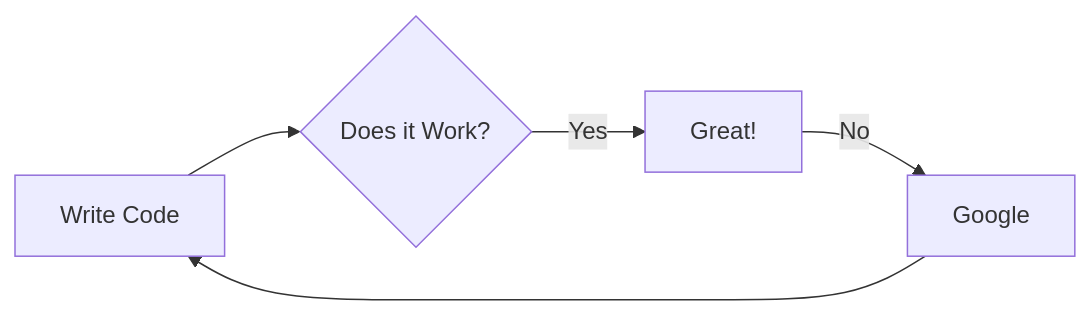
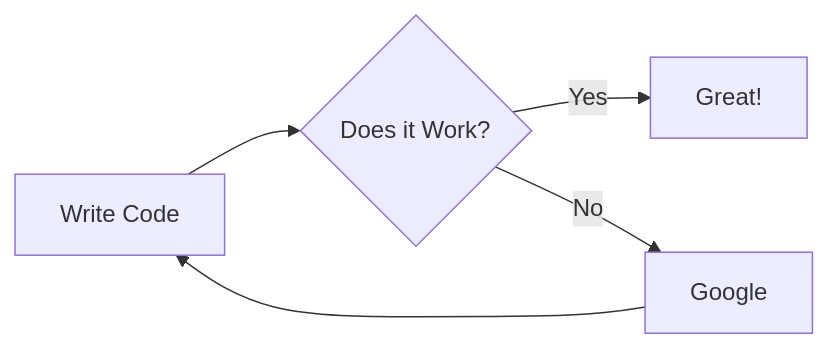
Before and after one commit to Jtzuya/jtzuya: the diagram in README.md, drawn with Mermaid.

````diff
--- a/README.md
+++ b/README.md
@@ -3,7 +3,7 @@
 ```mermaid
   graph LR
     A[Write Code] --> B{Does it Work?}
     B -- Yes --> C[Great!]
-    C -- No --> D[Google]
+    B -- No --> D[Google]
     D --> A
 ```
````
